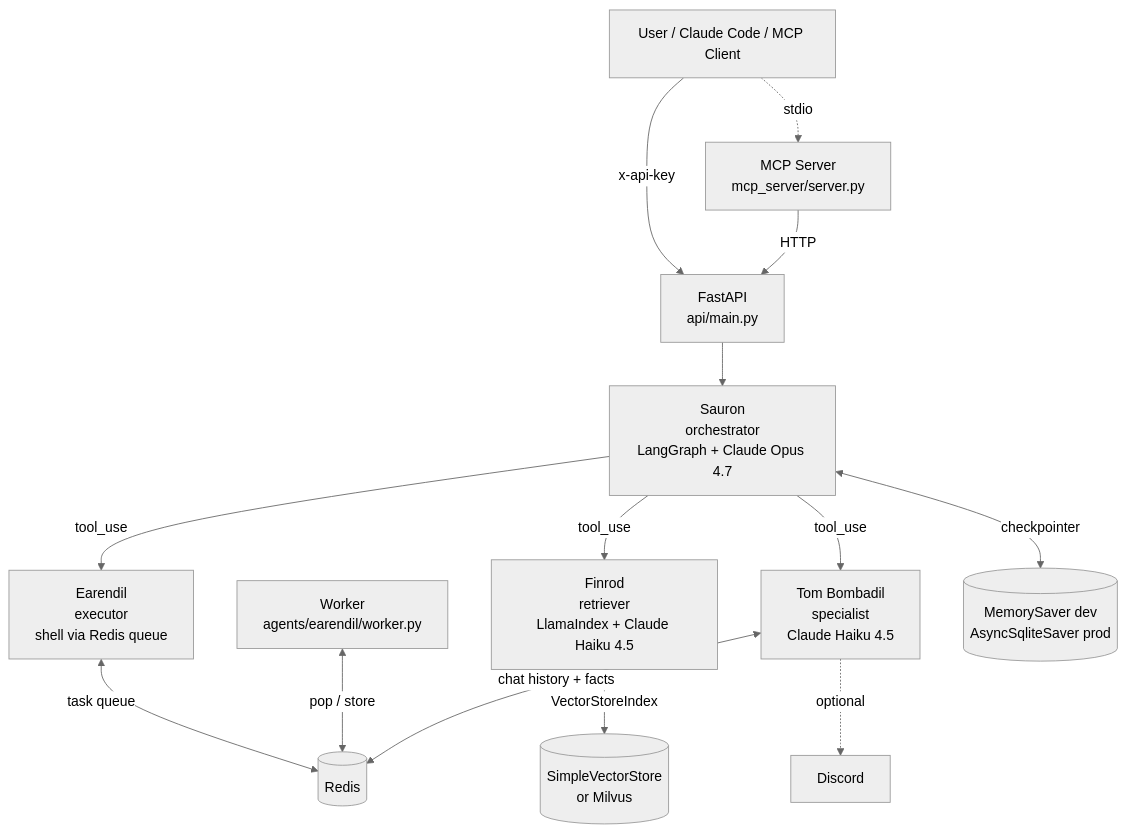
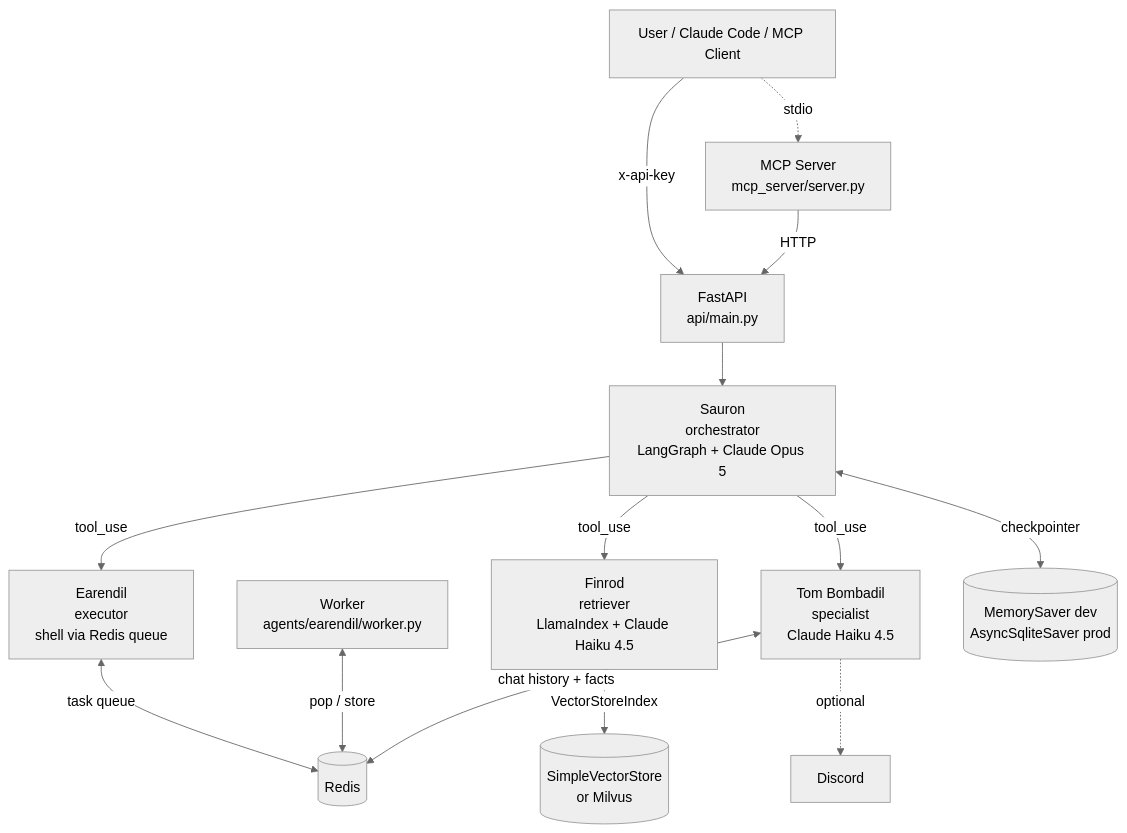
One commit to SolomonSmith-dev/arda changed the diagram in README.md. Above: the diagram before and after it, drawn with Mermaid (neutral theme). The commit also changed other lines of this file and 4 other files, not shown here.

````diff
--- a/README.md
+++ b/README.md
@@ -7,19 +7,19 @@
 ```mermaid
 flowchart TD
     Client[User / Claude Code / MCP Client]
     Client -->|x-api-key| API[FastAPI<br/>api/main.py]
     Client -.->|stdio| MCP[MCP Server<br/>mcp_server/server.py]
     MCP -->|HTTP| API
 
-    API --> Sauron[Sauron<br/>orchestrator<br/>LangGraph + Claude Opus 4.7]
+    API --> Sauron[Sauron<br/>orchestrator<br/>LangGraph + Claude Opus 5]
     Sauron -->|tool_use| Earendil[Earendil<br/>executor<br/>shell via Redis queue]
     Sauron -->|tool_use| Finrod[Finrod<br/>retriever<br/>LlamaIndex + Claude Haiku 4.5]
     Sauron -->|tool_use| Tom[Tom Bombadil<br/>specialist<br/>Claude Haiku 4.5]
 
     Earendil <-->|task queue| Redis[(Redis)]
     Worker[Worker<br/>agents/earendil/worker.py] <-->|pop / store| Redis
     Finrod <-->|VectorStoreIndex| Store[(SimpleVectorStore<br/>or Milvus)]
     Tom <-->|chat history + facts| Redis
     Tom -.->|optional| Discord[Discord]
     Sauron <-->|checkpointer| Checkpoint[(MemorySaver dev<br/>AsyncSqliteSaver prod)]
 ```
````
